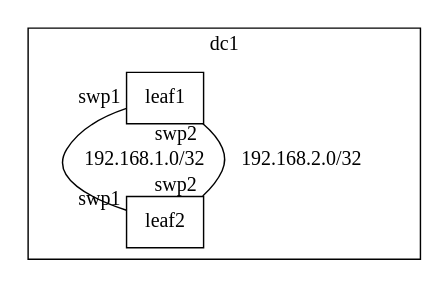
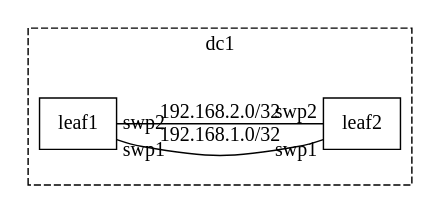
Before and after one commit to R4v3nH0lm/Cumulus-BGP-Lab: the diagram in docs/Cumulus-BGP-Lab.dot, drawn with Graphviz. The commit also changed 3 other files, not shown here.

```diff
--- a/docs/Cumulus-BGP-Lab.dot
+++ b/docs/Cumulus-BGP-Lab.dot
@@ -1,9 +1,10 @@
 digraph dc1 {
-	// rankdir="LR"
 	node [shape=box]; leaf1; leaf2;
+	rankdir="LR";
     subgraph cluster_0 {
         label="dc1";
+        style=dashed;
 		leaf1 -> leaf2 [headlabel="swp1", label="192.168.1.0/32", taillabel="swp1", dir=none];
 		leaf1 -> leaf2 [headlabel="swp2", label="192.168.2.0/32", taillabel="swp2", dir=none];
     }
 }
```
